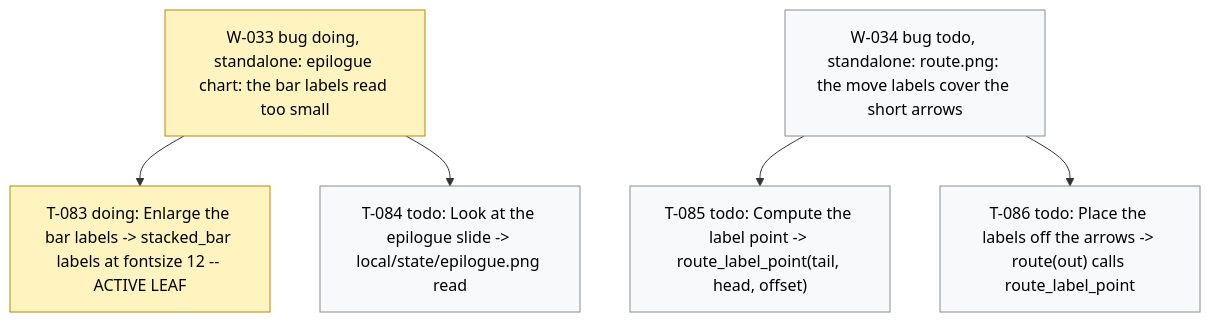
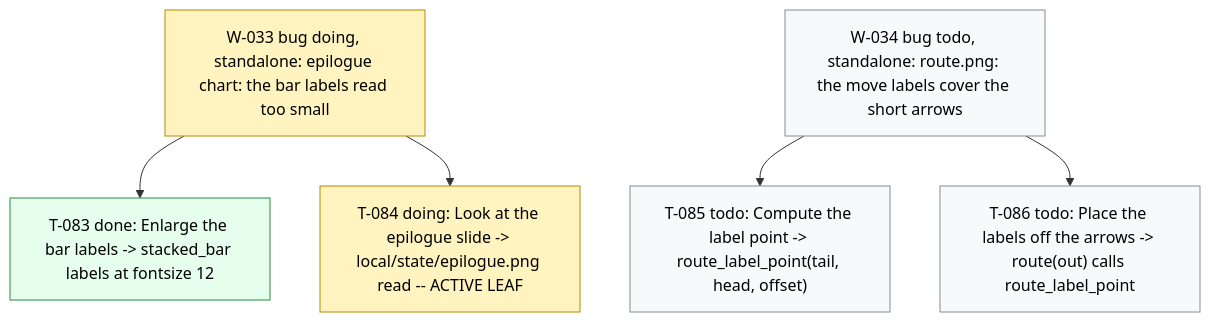
Before and after one commit to dpopchev/chaos-to-simple: the diagram in .board/BOARD.md, drawn with Mermaid. The commit also changed other lines of this file and 2 other files, not shown here.

Commit message:
chore(board): close T-083, start T-084
Refs: W-033 T-083 T-084

````diff
--- a/.board/BOARD.md
+++ b/.board/BOARD.md
@@ -221,16 +221,17 @@
 ```mermaid
 flowchart TD
   W033["W-033 bug doing, standalone: epilogue chart: the bar labels read too small"]
-  W033 --> T083["T-083 doing: Enlarge the bar labels -> stacked_bar labels at fontsize 12 -- ACTIVE LEAF"]
-  W033 --> T084["T-084 todo: Look at the epilogue slide -> local/state/epilogue.png read"]
+  W033 --> T083["T-083 done: Enlarge the bar labels -> stacked_bar labels at fontsize 12"]
+  W033 --> T084["T-084 doing: Look at the epilogue slide -> local/state/epilogue.png read -- ACTIVE LEAF"]
   W034["W-034 bug todo, standalone: route.png: the move labels cover the short arrows"]
   W034 --> T085["T-085 todo: Compute the label point -> route_label_point(tail, head, offset)"]
   W034 --> T086["T-086 todo: Place the labels off the arrows -> route(out) calls route_label_point"]
   classDef doing fill:#fff3bf,stroke:#b58900,color:#000;
   classDef blocked fill:#ffe3e3,stroke:#c92a2a,color:#000;
   classDef done fill:#e6ffed,stroke:#2b8a3e,color:#000;
   classDef todo fill:#f8f9fa,stroke:#868e96,color:#000;
   classDef pruned fill:#f1f3f5,stroke:#adb5bd,color:#000;
-  class W033,T083 doing
-  class T084,W034,T085,T086 todo
+  class W033,T084 doing
+  class T083 done
+  class W034,T085,T086 todo
 ```
````
